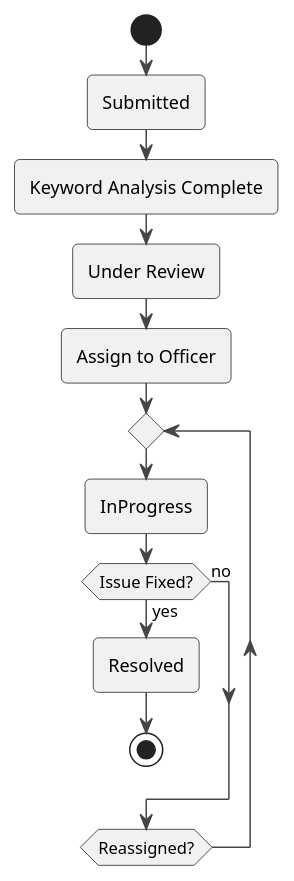
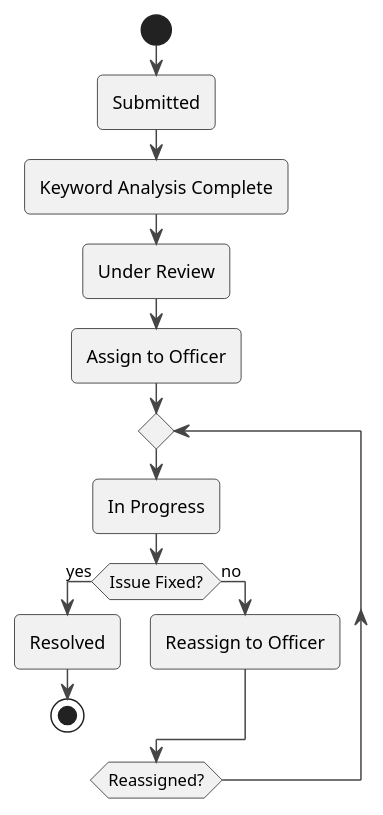
One commit to Anikate-De/rail-madad changed the diagram in uml/State/State.plantuml. Above: the diagram before and after it, drawn with PlantUML. The commit also changed 12 other files, not shown here.

Commit message:
updated uml folders / files

```diff
--- a/uml/State/State.plantuml
+++ b/uml/State/State.plantuml
@@ -1,19 +1,20 @@
 @startuml
 !theme vibrant
 
 start
 :Submitted;
 :Keyword Analysis Complete;
 :Under Review;
 :Assign to Officer;
 
 repeat
-  :InProgress;
+  :In Progress;
   if (Issue Fixed?) then (yes)
     :Resolved;
     stop
   else (no)
+    :Reassign to Officer;
   endif
 repeat while (Reassigned?)
 
 @enduml
```
